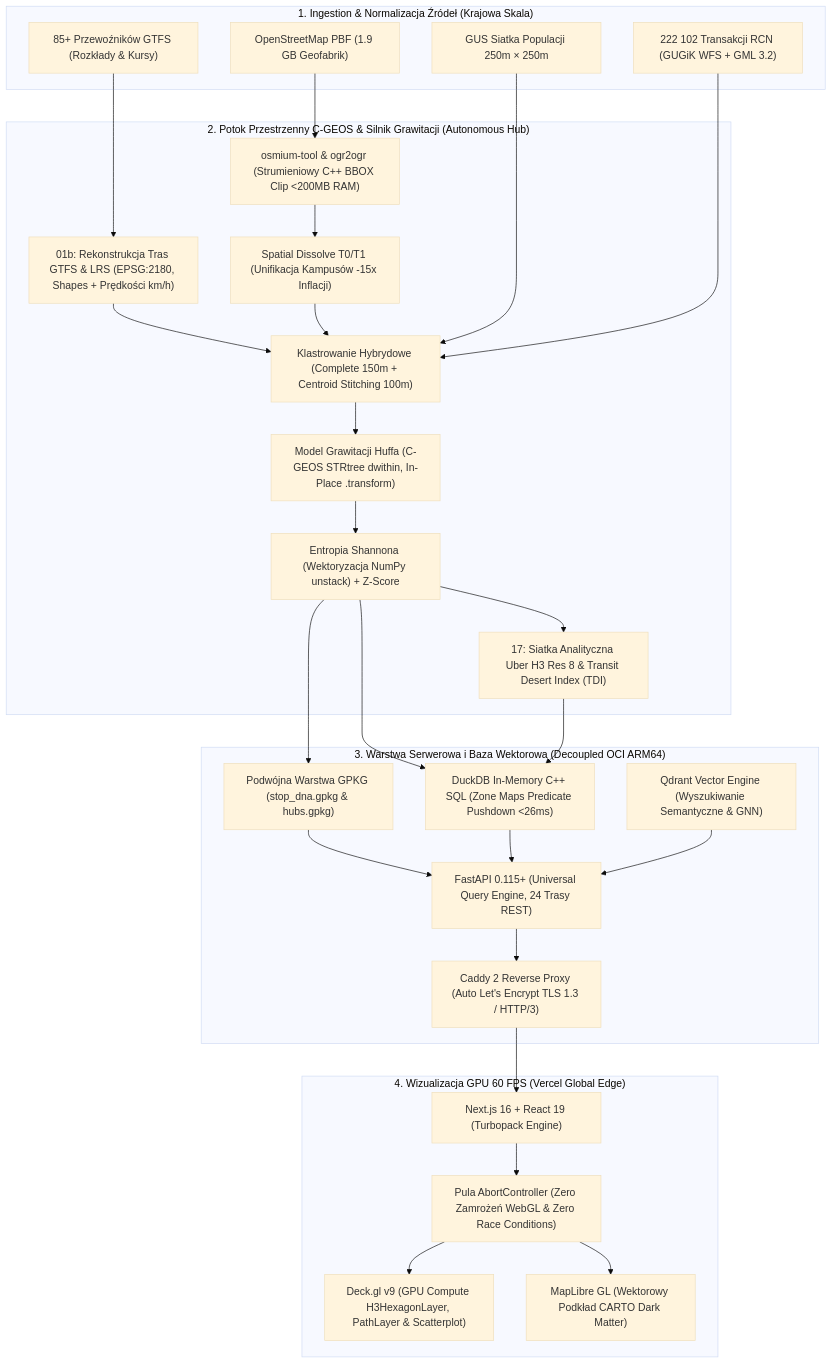
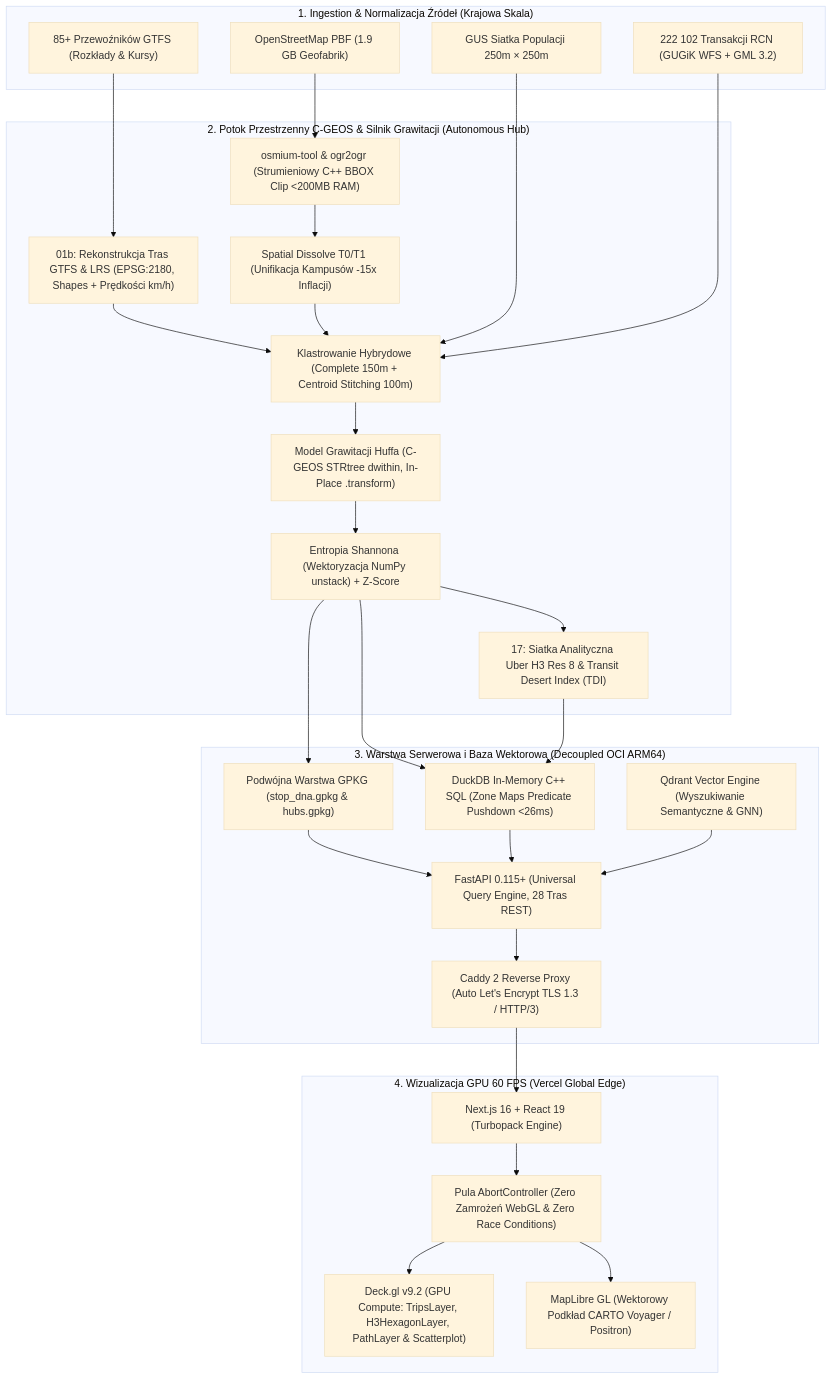
Before and after one commit to Gzyms69/busos: the first of 2 diagrams in README.md, drawn with Mermaid (base theme). The commit also changed other lines of this file and 7 other files, not shown here.

````diff
--- a/README.md
+++ b/README.md
@@ -91,44 +91,44 @@
 ```mermaid
 flowchart TD
     subgraph Ingestion["1. Ingestion & Normalizacja Źródeł (Krajowa Skala)"]
         GTFS["85+ Przewoźników GTFS (Rozkłady & Kursy)"]
         OSM["OpenStreetMap PBF (1.9 GB Geofabrik)"]
         GUS["GUS Siatka Populacji 250m × 250m"]
         RCN["222 102 Transakcji RCN (GUGiK WFS + GML 3.2)"]
     end
 
     subgraph Spatial_Core["2. Potok Przestrzenny C-GEOS & Silnik Grawitacji (Autonomous Hub)"]
         Routes["01b: Rekonstrukcja Tras GTFS & LRS (EPSG:2180, Shapes + Prędkości km/h)"]
         Osmium["osmium-tool & ogr2ogr (Strumieniowy C++ BBOX Clip <200MB RAM)"]
         Dissolve["Spatial Dissolve T0/T1 (Unifikacja Kampusów -15x Inflacji)"]
         Cluster["Klastrowanie Hybrydowe (Complete 150m + Centroid Stitching 100m)"]
         Huff["Model Grawitacji Huffa (C-GEOS STRtree dwithin, In-Place .transform)"]
         Shannon["Entropia Shannona (Wektoryzacja NumPy unstack) + Z-Score"]
         H3Grid["17: Siatka Analityczna Uber H3 Res 8 & Transit Desert Index (TDI)"]
     end
 
     subgraph Serving["3. Warstwa Serwerowa i Baza Wektorowa (Decoupled OCI ARM64)"]
         Caddy["Caddy 2 Reverse Proxy (Auto Let's Encrypt TLS 1.3 / HTTP/3)"]
-        FastAPI["FastAPI 0.115+ (Universal Query Engine, 24 Trasy REST)"]
+        FastAPI["FastAPI 0.115+ (Universal Query Engine, 28 Tras REST)"]
         DuckDB["DuckDB In-Memory C++ SQL (Zone Maps Predicate Pushdown <26ms)"]
         Qdrant["Qdrant Vector Engine (Wyszukiwanie Semantyczne & GNN)"]
         GPKG["Podwójna Warstwa GPKG (stop_dna.gpkg & hubs.gpkg)"]
     end
 
     subgraph Presentation["4. Wizualizacja GPU 60 FPS (Vercel Global Edge)"]
         Vercel["Next.js 16 + React 19 (Turbopack Engine)"]
-        DeckGL["Deck.gl v9 (GPU Compute H3HexagonLayer, PathLayer & Scatterplot)"]
-        MapLibre["MapLibre GL (Wektorowy Podkład CARTO Dark Matter)"]
+        DeckGL["Deck.gl v9.2 (GPU Compute: TripsLayer, H3HexagonLayer, PathLayer & Scatterplot)"]
+        MapLibre["MapLibre GL (Wektorowy Podkład CARTO Voyager / Positron)"]
         AbortCtrl["Pula AbortController (Zero Zamrożeń WebGL & Zero Race Conditions)"]
     end
 
     GTFS --> Routes --> Cluster
     OSM --> Osmium --> Dissolve --> Cluster
     GUS & RCN --> Cluster
     Cluster --> Huff --> Shannon --> H3Grid
     Shannon --> GPKG & DuckDB
     H3Grid --> DuckDB
     GPKG & DuckDB --> FastAPI --> Caddy
     Qdrant --> FastAPI
     Caddy --> Vercel --> AbortCtrl --> DeckGL & MapLibre
 ```
````
